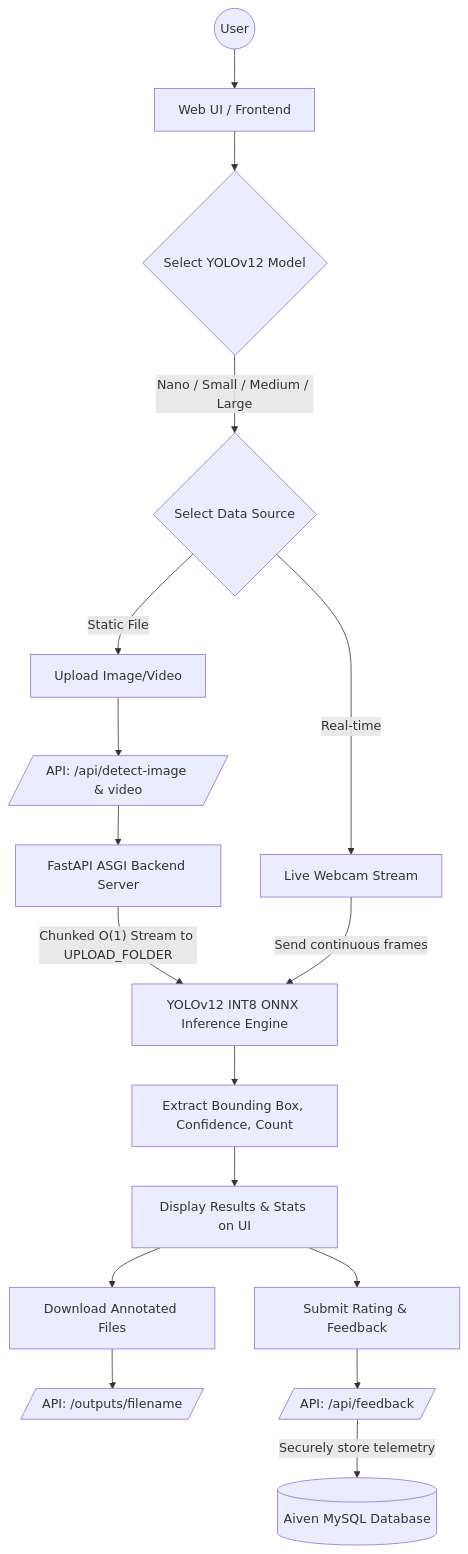
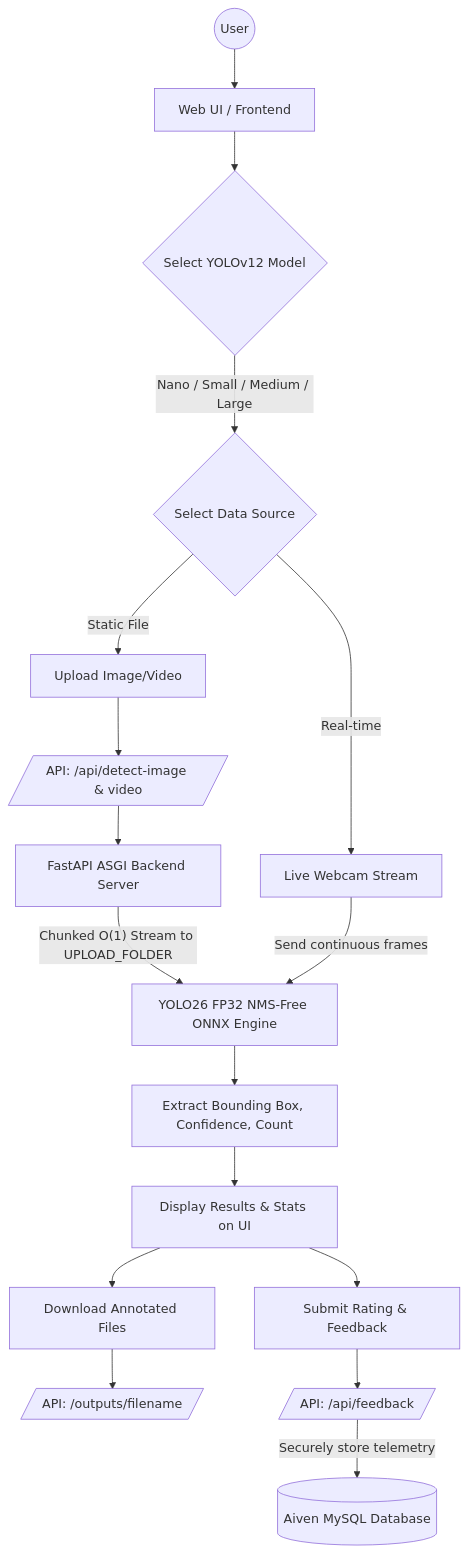
The diagram in README.md (RevDra/human-face-detection), drawn with Mermaid before and after one commit. The commit also changed other lines of this file, not shown here.

First line of the commit message:
docs: Change YOLOv12 references to YOLO26 in README

````diff
--- a/README.md
+++ b/README.md
@@ -47,54 +47,54 @@
 ```mermaid
 graph TD
     %% Define Nodes
     User((User))
     UI[Web UI / Frontend]
     ModelSelection{Select YOLOv12 Model}
     InputSelect{Select Data Source}
     
     %% Data Sources
     Upload[Upload Image/Video]
     Webcam[Live Webcam Stream]
     
     %% Backend & API
     API_Detect[/API: /api/detect-image & video/]
     FastAPIBackend[FastAPI ASGI Backend Server]
-    YOLO_Engine[YOLOv12 INT8 ONNX Inference Engine]
+    YOLO_Engine[YOLO26 FP32 NMS-Free ONNX Engine]
     
     %% Results & Post-processing
     Results[Extract Bounding Box, Confidence, Count]
     Display[Display Results & Stats on UI]
     
     %% Actions & Telemetry
     Action_Download[Download Annotated Files]
     Action_Feedback[Submit Rating & Feedback]
     API_Download[/API: /outputs/filename/]
     API_Feedback[/API: /api/feedback/]
     DB[(Aiven MySQL Database)]
 
     %% Edges (Flow)
     User --> UI
     UI --> ModelSelection
     ModelSelection -->|Nano / Small / Medium / Large| InputSelect
     
     InputSelect -->|Static File| Upload
     InputSelect -->|Real-time| Webcam
     
     Upload --> API_Detect
     API_Detect --> FastAPIBackend
     FastAPIBackend --> |"Chunked O(1) Stream to UPLOAD_FOLDER"| YOLO_Engine
     
     Webcam --> |"Send continuous frames"| YOLO_Engine
     
     YOLO_Engine --> Results
     Results --> Display
     
     Display --> Action_Download
     Display --> Action_Feedback
     
     Action_Download --> API_Download
     Action_Feedback --> API_Feedback
     
     API_Feedback --> |"Securely store telemetry"| DB
 
 ```
````
